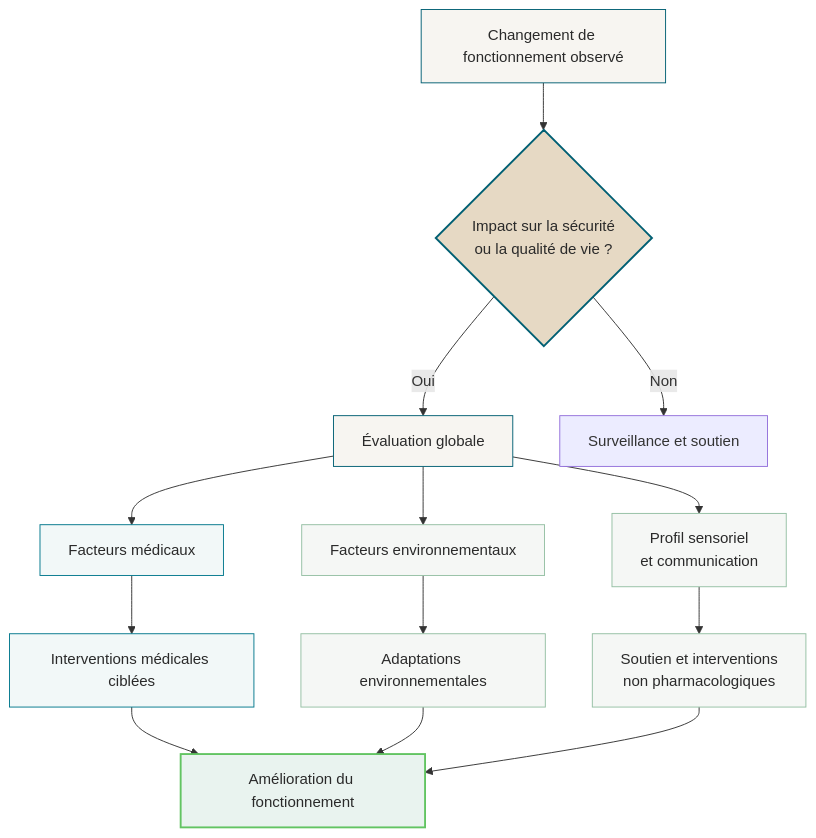
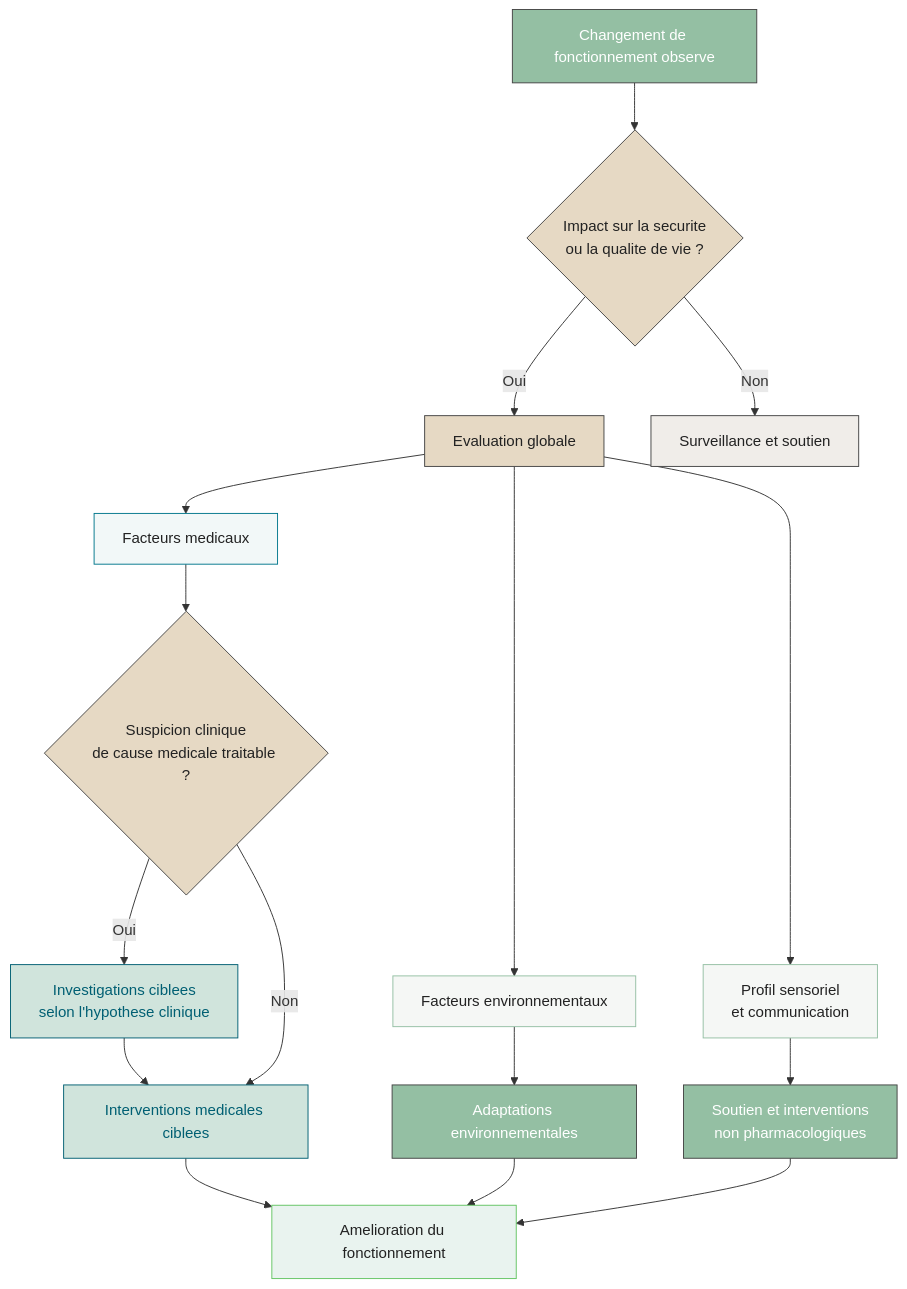
Before and after one commit to DrOlivierLegault/DrOlivierLegault.github.io: the diagram in _posts/2026-01-20-comportements-difficiles-tsa.md, drawn with Mermaid. The commit also changed other lines of this file, not shown here.

````diff
--- a/_posts/2026-01-20-comportements-difficiles-tsa.md
+++ b/_posts/2026-01-20-comportements-difficiles-tsa.md
@@ -68,49 +85,61 @@
 ```mermaid
 flowchart TD
 %% --- NODES ---
-A[Changement de fonctionnement observé]
-B{Impact sur la sécurité<br/>ou la qualité de vie ?}
+A["Changement de fonctionnement observe"]
+B{"Impact sur la securite<br/>ou la qualite de vie ?"}
 
-C[Évaluation globale]
-D[Surveillance et soutien]
+C["Evaluation globale"]
+D["Surveillance et soutien"]
 
-E[Facteurs médicaux]
-F[Facteurs environnementaux]
-G[Profil sensoriel<br/>et communication]
+E["Facteurs medicaux"]
+F["Facteurs environnementaux"]
+G["Profil sensoriel<br/>et communication"]
 
-H[Interventions médicales ciblées]
-I[Adaptations environnementales]
-J[Soutien et interventions<br/>non pharmacologiques]
+E1{"Suspicion clinique<br/>de cause medicale traitable ?"}
+E2["Investigations ciblees<br/>selon l'hypothese clinique"]
 
-K[Amélioration du fonctionnement]
+H["Interventions medicales ciblees"]
+I["Adaptations environnementales"]
+J["Soutien et interventions<br/>non pharmacologiques"]
+
+K["Amelioration du fonctionnement"]
 
 %% --- FLOW ---
 A --> B
 B -->|Oui| C
 B -->|Non| D
 
 C --> E
 C --> F
 C --> G
 
-E --> H
+E --> E1
+E1 -->|Oui| E2
+E2 --> H
+E1 -->|Non| H
+
 F --> I
 G --> J
 
 H --> K
 I --> K
 J --> K
 
-%% --- STYLES (alignés avec ton thème) ---
-classDef decision fill:#e6d9c4,stroke:#005f73,stroke-width:2px,color:#2a2a2a;
-classDef primary fill:#f7f5f1,stroke:#005f73,color:#2a2a2a;
-classDef medical fill:#f2f8f8,stroke:#00778c,color:#2a2a2a;
-classDef support fill:#f5f7f5,stroke:#94bfa3,color:#2a2a2a;
-classDef outcome fill:#e9f3ef,stroke:#62c462,stroke-width:2px,color:#2a2a2a;
+%% --- STYLES ---
+style A fill:#94bfa3,stroke:#444444,color:#ffffff
+style B fill:#e6d9c4,stroke:#444444,color:#222222
+style C fill:#e6d9c4,stroke:#444444,color:#222222
+style D fill:#f0ede9,stroke:#444444,color:#222222
 
-class B decision
-class A,C primary
-class E,H medical
-class F,G,I,J support
-class K outcome
+style E fill:#f2f8f8,stroke:#00778c,color:#222222
+style E1 fill:#e6d9c4,stroke:#444444,color:#222222
+style E2 fill:#d0e4dc,stroke:#005f73,color:#005f73
+style H fill:#d0e4dc,stroke:#005f73,color:#005f73
+
+style F fill:#f5f7f5,stroke:#94bfa3,color:#222222
+style G fill:#f5f7f5,stroke:#94bfa3,color:#222222
+style I fill:#94bfa3,stroke:#444444,color:#ffffff
+style J fill:#94bfa3,stroke:#444444,color:#ffffff
+
+style K fill:#e9f3ef,stroke:#62c462,color:#222222
 ```
````
